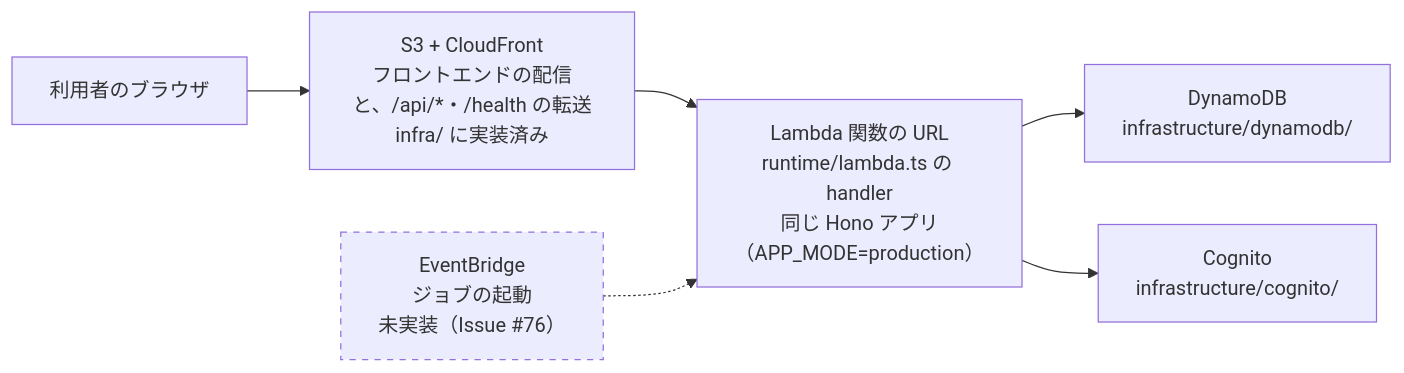
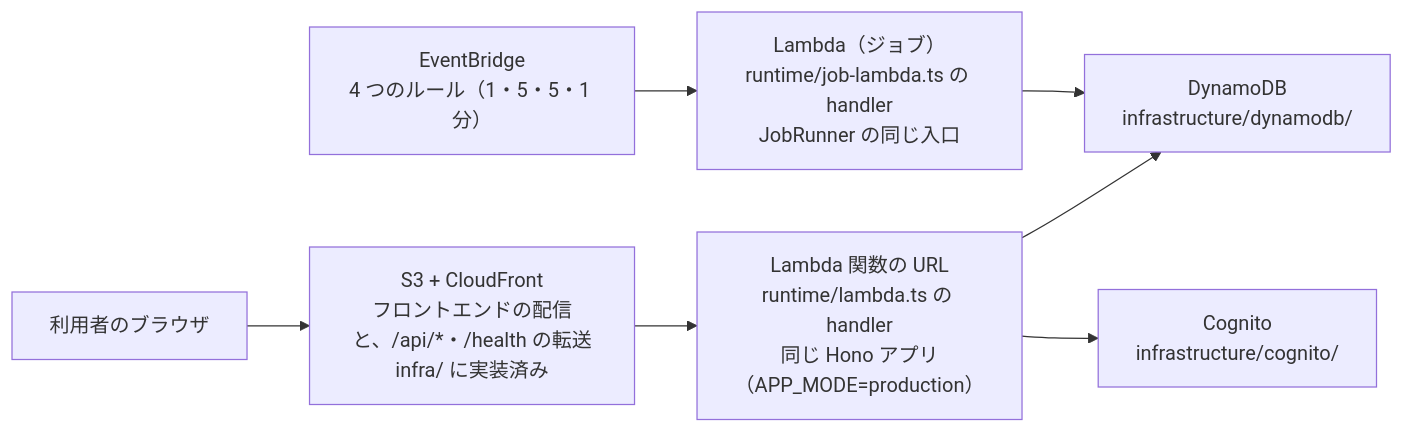
One commit to NS-APU/smart-farm-monitoring changed the tenth of 46 diagrams in docs/10_design/architecture/as-built.md. Above: the diagram before and after it, drawn with Mermaid. The commit also changed other lines of this file and 7 other files, not shown here.

First line of the commit message:
docs: ジョブの EventBridge 実行（ADR-0011）と、関連するドキュメントを反映する

````diff
--- a/docs/10_design/architecture/as-built.md
+++ b/docs/10_design/architecture/as-built.md
@@ -1011,18 +1014,17 @@
 ```mermaid
 flowchart LR
   USER["利用者のブラウザ"]
   HOST["S3 + CloudFront<br>フロントエンドの配信と、/api/*・/health の転送<br>infra/ に実装済み"]
   LAM["Lambda 関数の URL<br>runtime/lambda.ts の handler<br>同じ Hono アプリ（APP_MODE=production）"]
-  EB["EventBridge<br>ジョブの起動<br>未実装（Issue #76）"]
+  EB["EventBridge<br>4 つのルール（1・5・5・1 分）"]
+  JOB["Lambda（ジョブ）<br>runtime/job-lambda.ts の handler<br>JobRunner の同じ入口"]
   DDB["DynamoDB<br>infrastructure/dynamodb/"]
   COG["Cognito<br>infrastructure/cognito/"]
 
   USER --> HOST
   HOST --> LAM
-  EB -.-> LAM
+  EB --> JOB
   LAM --> DDB
   LAM --> COG
-
-  classDef todo stroke-dasharray: 5 5
-  class EB todo
+  JOB --> DDB
 ```
````
